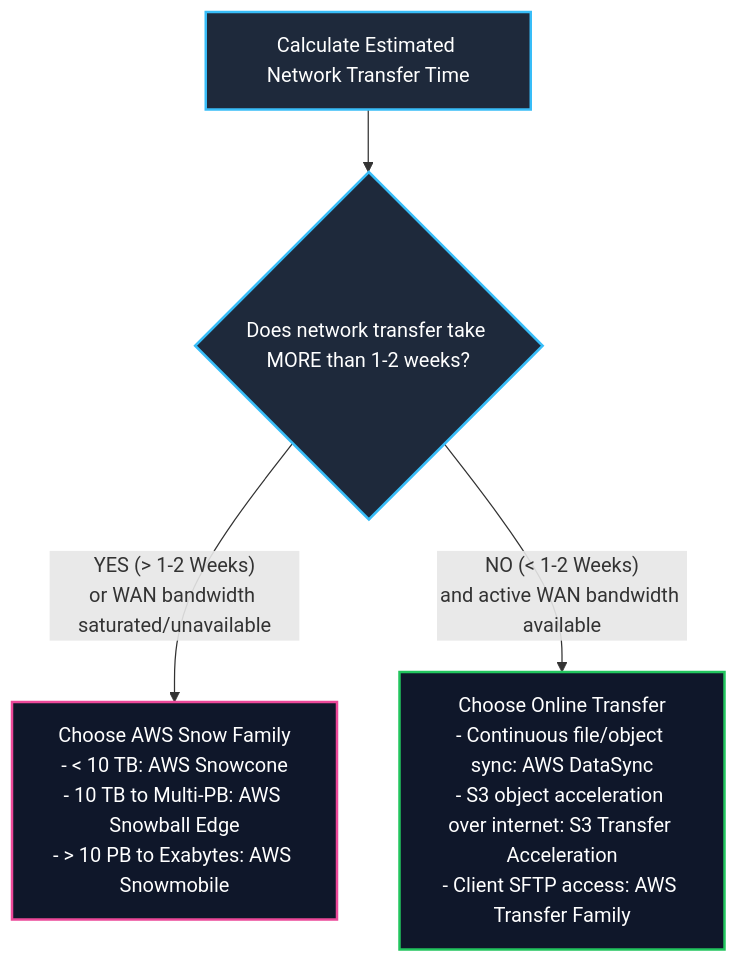
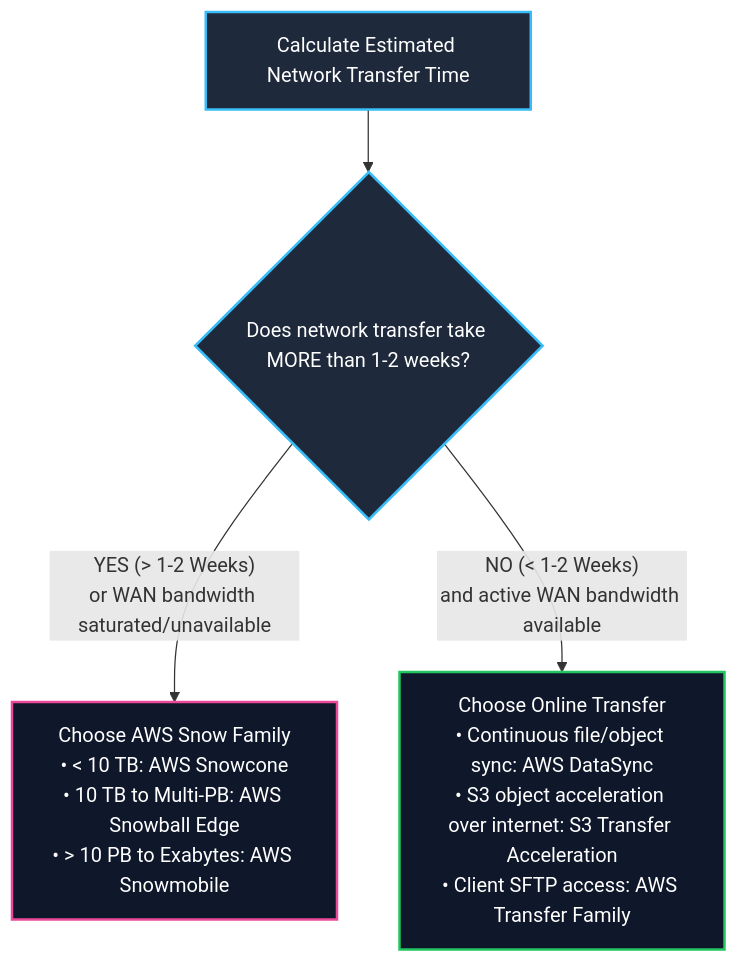
Before and after one commit to Wathon/aws-dea-c01-note: the fourth of 5 diagrams in content/02-services/migration/datasync-and-snow.md, drawn with Mermaid. The commit also changed other lines of this file and 19 other files, not shown here.

Commit message:
fix(mermaid): resolve 'Unsupported markdown: list' rendering issues across all diagram node and edge labels

````diff
--- a/content/02-services/migration/datasync-and-snow.md
+++ b/content/02-services/migration/datasync-and-snow.md
@@ -195,16 +195,16 @@
 ```mermaid
 graph TD
     Calc["Calculate Estimated Network Transfer Time"] --> Check{Does network transfer take MORE than 1-2 weeks?}
     
-    Check -->|"YES (> 1-2 Weeks)<br/>or WAN bandwidth saturated/unavailable"| Offline["Choose AWS Snow Family<br/>- < 10 TB: AWS Snowcone<br/>- 10 TB to Multi-PB: AWS Snowball Edge<br/>- > 10 PB to Exabytes: AWS Snowmobile"]
+    Check -->|"YES (> 1-2 Weeks)<br/>or WAN bandwidth saturated/unavailable"| Offline["Choose AWS Snow Family<br/>• < 10 TB: AWS Snowcone<br/>• 10 TB to Multi-PB: AWS Snowball Edge<br/>• > 10 PB to Exabytes: AWS Snowmobile"]
     
-    Check -->|"NO (< 1-2 Weeks)<br/>and active WAN bandwidth available"| Online["Choose Online Transfer<br/>- Continuous file/object sync: AWS DataSync<br/>- S3 object acceleration over internet: S3 Transfer Acceleration<br/>- Client SFTP access: AWS Transfer Family"]
+    Check -->|"NO (< 1-2 Weeks)<br/>and active WAN bandwidth available"| Online["Choose Online Transfer<br/>• Continuous file/object sync: AWS DataSync<br/>• S3 object acceleration over internet: S3 Transfer Acceleration<br/>• Client SFTP access: AWS Transfer Family"]
 
     classDef dec fill:#1e293b,stroke:#38bdf8,stroke-width:2px,color:#fff;
     classDef off fill:#0f172a,stroke:#ec4899,stroke-width:2px,color:#fff;
     classDef on fill:#0f172a,stroke:#22c55e,stroke-width:2px,color:#fff;
 
     class Calc,Check dec;
     class Offline off;
     class Online on;
 ```
````
